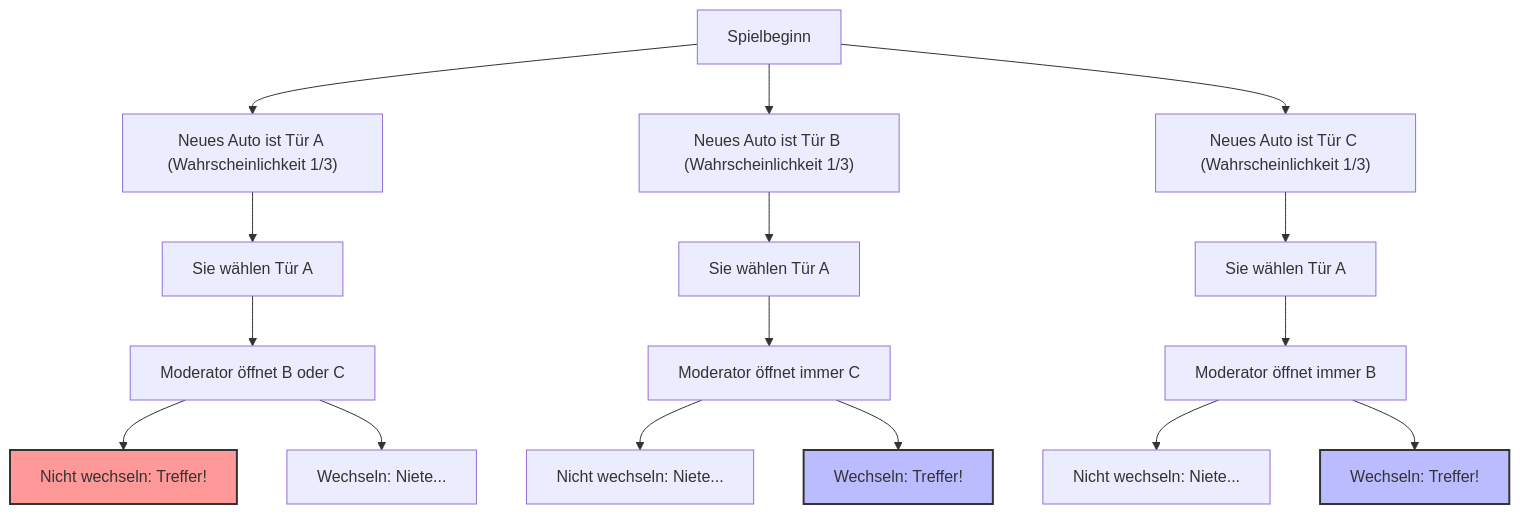
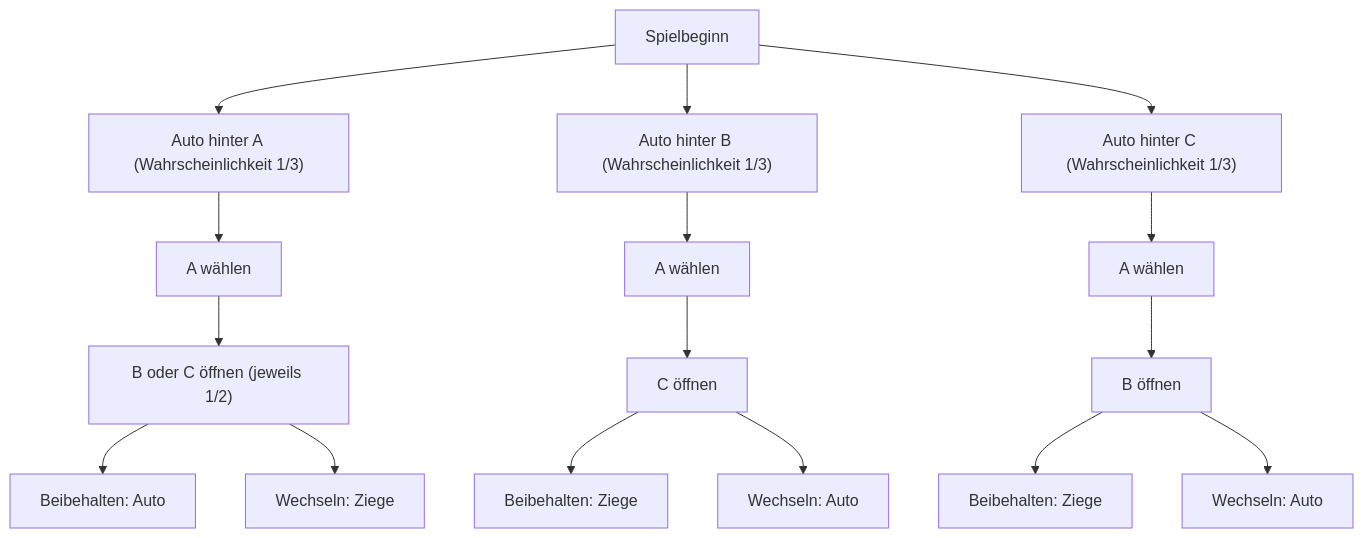
The first of 2 diagrams in content/post/モンティ・ホール問題/index.de.md (kenjinote/blog), drawn with Mermaid before and after one commit. The commit also changed other lines of this file and 8 other files, not shown here.

````diff
--- a/content/post/モンティ・ホール問題/index.de.md
+++ b/content/post/モンティ・ホール問題/index.de.md
@@ -44,27 +52,18 @@
 ```mermaid
 graph TD
-    Start["Spielbeginn"] --> CarA["Neues Auto ist Tür A (Wahrscheinlichkeit 1/3)"]
-    Start --> CarB["Neues Auto ist Tür B (Wahrscheinlichkeit 1/3)"]
-    Start --> CarC["Neues Auto ist Tür C (Wahrscheinlichkeit 1/3)"]
-
-    CarA --> PickA1["Sie wählen Tür A"]
-    CarB --> PickA2["Sie wählen Tür A"]
-    CarC --> PickA3["Sie wählen Tür A"]
-
-    PickA1 --> HostB_or_C["Moderator öffnet B oder C"]
-    PickA2 --> HostC["Moderator öffnet immer C"]
-    PickA3 --> HostB["Moderator öffnet immer B"]
-
-    HostB_or_C --> Stay1["Nicht wechseln: Treffer!"]
-    HostB_or_C --> Switch1["Wechseln: Niete..."]
-
-    HostC --> Stay2["Nicht wechseln: Niete..."]
-    HostC --> Switch2["Wechseln: Treffer!"]
-
-    HostB --> Stay3["Nicht wechseln: Niete..."]
-    HostB --> Switch3["Wechseln: Treffer!"]
-
-    style Switch2 fill:#bbf,stroke:#333,stroke-width:2px
-    style Switch3 fill:#bbf,stroke:#333,stroke-width:2px
-    style Stay1 fill:#f99,stroke:#333,stroke-width:2px
+    Start["Spielbeginn"] --> CarA["Auto hinter A (Wahrscheinlichkeit 1/3)"]
+    Start --> CarB["Auto hinter B (Wahrscheinlichkeit 1/3)"]
+    Start --> CarC["Auto hinter C (Wahrscheinlichkeit 1/3)"]
+    CarA --> PickA1["A wählen"]
+    CarB --> PickA2["A wählen"]
+    CarC --> PickA3["A wählen"]
+    PickA1 --> HostB_or_C["B oder C öffnen (jeweils 1/2)"]
+    PickA2 --> HostC["C öffnen"]
+    PickA3 --> HostB["B öffnen"]
+    HostB_or_C --> Stay1["Beibehalten: Auto"]
+    HostB_or_C --> Switch1["Wechseln: Ziege"]
+    HostC --> Stay2["Beibehalten: Ziege"]
+    HostC --> Switch2["Wechseln: Auto"]
+    HostB --> Stay3["Beibehalten: Ziege"]
+    HostB --> Switch3["Wechseln: Auto"]
 ```
````
